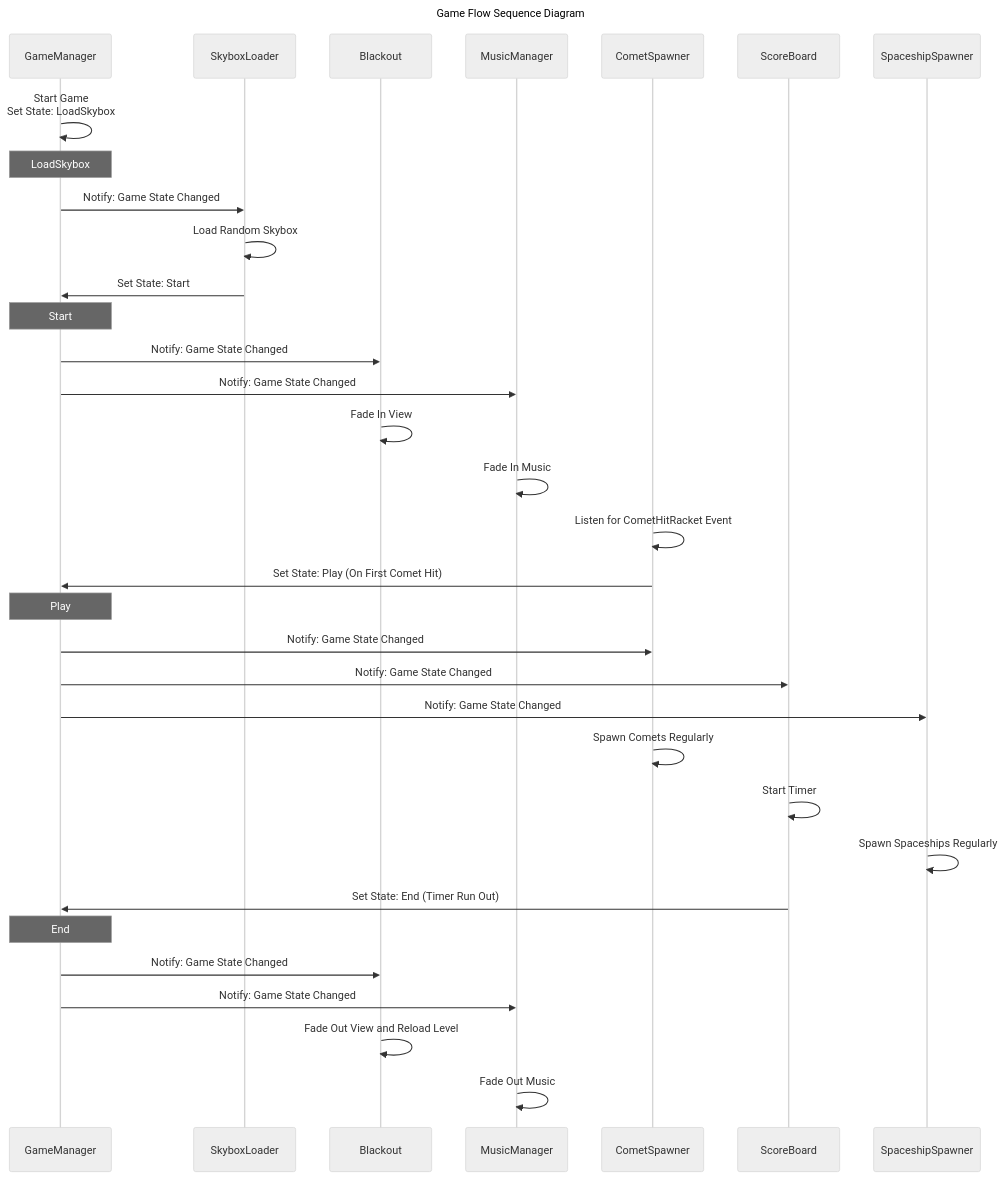
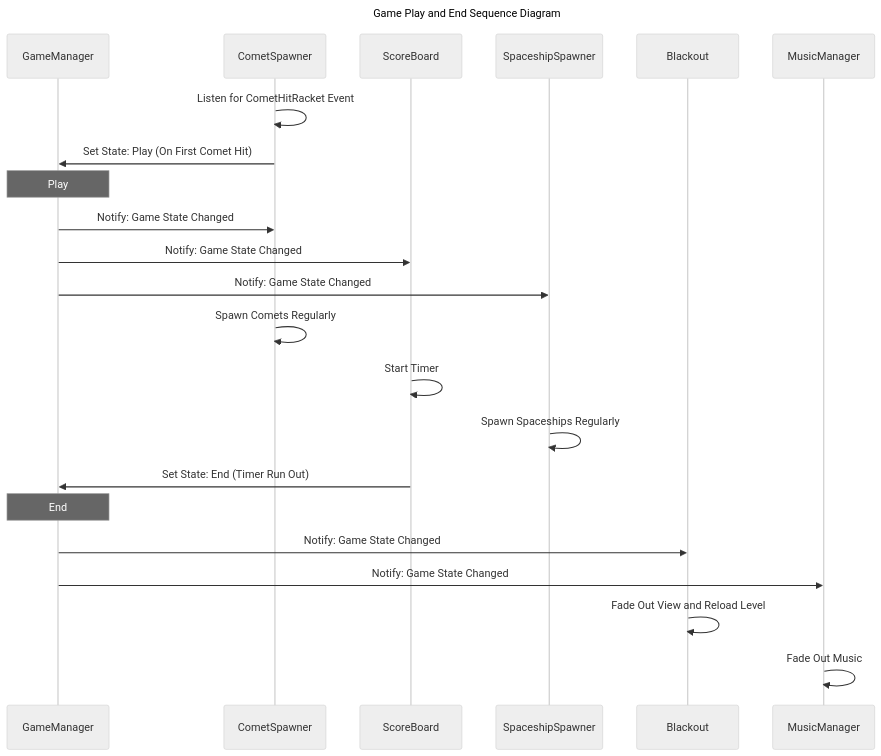
The fourth of 4 diagrams in README.md (CR-Daniel/Ambush), drawn with Mermaid (neutral theme) before and after one commit. The commit also changed other lines of this file, not shown here.

````diff
--- a/README.md
+++ b/README.md
@@ -65,48 +92,32 @@
 ```mermaid
 sequenceDiagram
     participant GameManager
-    participant SkyboxLoader
-    participant Blackout
-    participant MusicManager
     participant CometSpawner
     participant ScoreBoard
     participant SpaceshipSpawner
+    participant Blackout
+    participant MusicManager
 
-    title: Game Flow Sequence Diagram
-
-    GameManager->>GameManager: Start Game<br/>Set State: LoadSkybox
-
-    note over GameManager: LoadSkybox
-
-    GameManager->>SkyboxLoader: Notify: Game State Changed
-    SkyboxLoader->>SkyboxLoader: Load Random Skybox
-    SkyboxLoader->>GameManager: Set State: Start
-
-    note over GameManager: Start
-
-    GameManager->>Blackout: Notify: Game State Changed
-    GameManager->>MusicManager: Notify: Game State Changed
-    Blackout->>Blackout: Fade In View
-    MusicManager->>MusicManager: Fade In Music
+    title: Game Play and End Sequence Diagram
 
     CometSpawner->>CometSpawner: Listen for CometHitRacket Event
     CometSpawner->>GameManager: Set State: Play (On First Comet Hit)
 
     note over GameManager: Play
 
     GameManager->>CometSpawner: Notify: Game State Changed
     GameManager->>ScoreBoard: Notify: Game State Changed
     GameManager->>SpaceshipSpawner: Notify: Game State Changed
     CometSpawner->>CometSpawner: Spawn Comets Regularly
     ScoreBoard->>ScoreBoard: Start Timer
     SpaceshipSpawner->>SpaceshipSpawner: Spawn Spaceships Regularly
 
     ScoreBoard->>GameManager: Set State: End (Timer Run Out)
 
     note over GameManager: End
 
     GameManager->>Blackout: Notify: Game State Changed
     GameManager->>MusicManager: Notify: Game State Changed
     Blackout->>Blackout: Fade Out View and Reload Level
     MusicManager->>MusicManager: Fade Out Music
 ```
````
